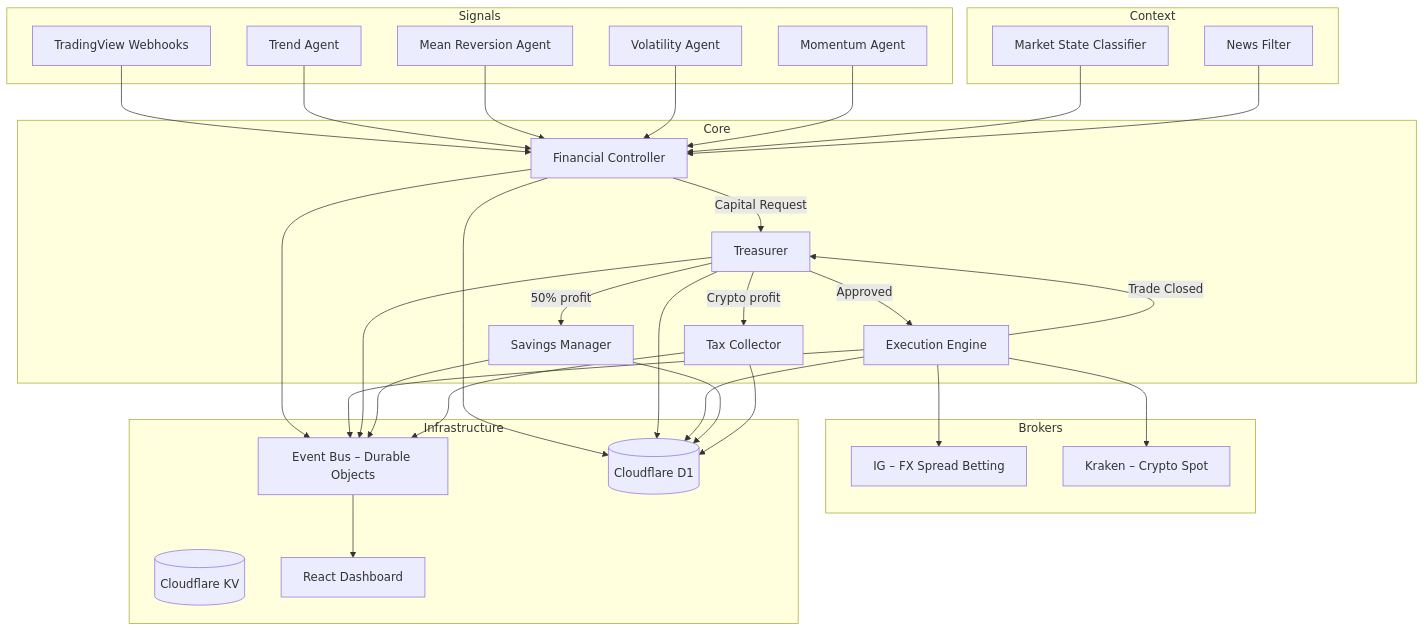
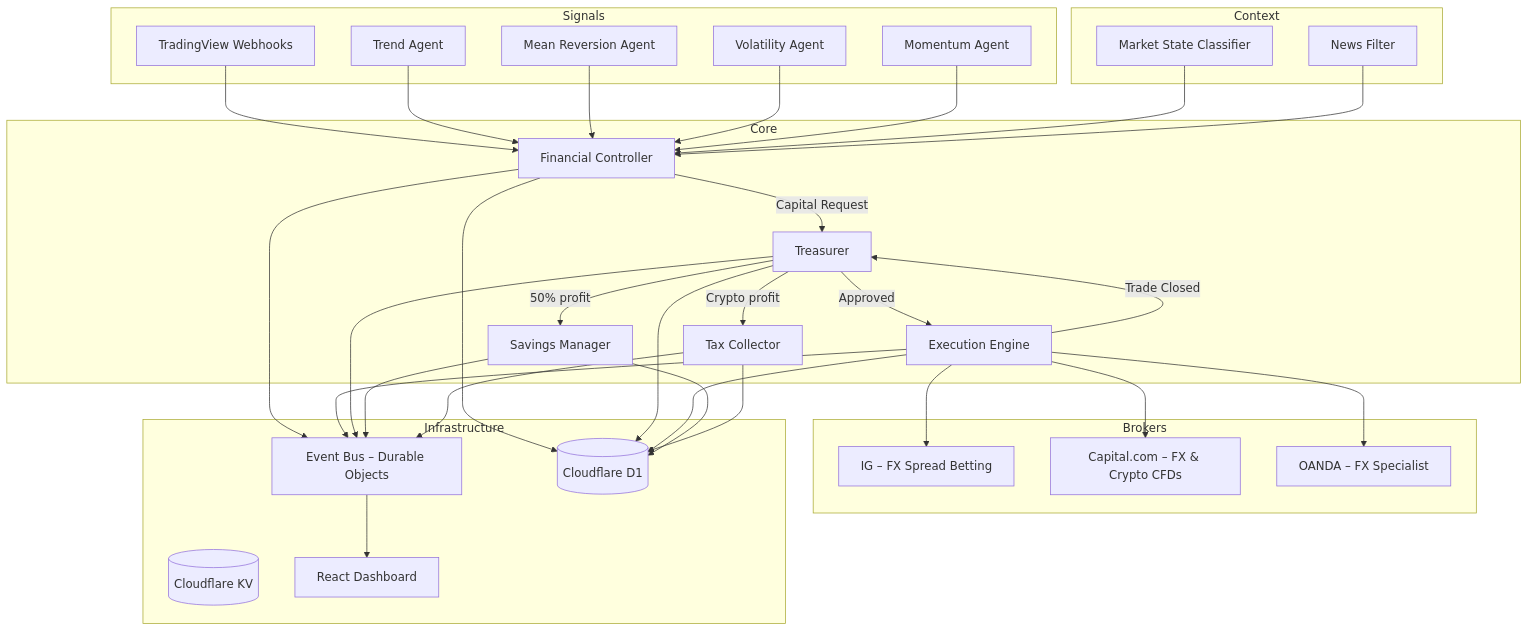
One commit to JoelBondoux/Trading-Pod changed the diagram in README.md. Above: the diagram before and after it, drawn with Mermaid. The commit also changed other lines of this file and 3 other files, not shown here.

First line of the commit message:
docs: update all MDs — remove Kraken, add Capital.com/OANDA, fix test counts

````diff
--- a/README.md
+++ b/README.md
@@ -10,61 +10,63 @@
 ```mermaid
 flowchart TD
     subgraph Signals
         TV[TradingView Webhooks]
         TA[Trend Agent]
         MR[Mean Reversion Agent]
         VA[Volatility Agent]
         MA[Momentum Agent]
     end
 
     subgraph Context
         MS[Market State Classifier]
         NF[News Filter]
     end
 
     subgraph Core
         FC[Financial Controller]
         TR[Treasurer]
         SM[Savings Manager]
         TC[Tax Collector]
         EE[Execution Engine]
     end
 
     subgraph Brokers
         IG[IG – FX Spread Betting]
-        KR[Kraken – Crypto Spot]
+        CC[Capital.com – FX & Crypto CFDs]
+        OA[OANDA – FX Specialist]
     end
 
     subgraph Infrastructure
         EB[Event Bus – Durable Objects]
         D1[(Cloudflare D1)]
         KV[(Cloudflare KV)]
         DASH[React Dashboard]
     end
 
     TV --> FC
     TA --> FC
     MR --> FC
     VA --> FC
     MA --> FC
     MS --> FC
     NF --> FC
     FC -->|Capital Request| TR
     TR -->|Approved| EE
     EE --> IG
-    EE --> KR
+    EE --> CC
+    EE --> OA
     EE -->|Trade Closed| TR
     TR -->|50% profit| SM
     TR -->|Crypto profit| TC
     FC --> EB
     EE --> EB
     TR --> EB
     SM --> EB
     TC --> EB
     EB --> DASH
     FC --> D1
     TR --> D1
     EE --> D1
     SM --> D1
     TC --> D1
 ```
````
